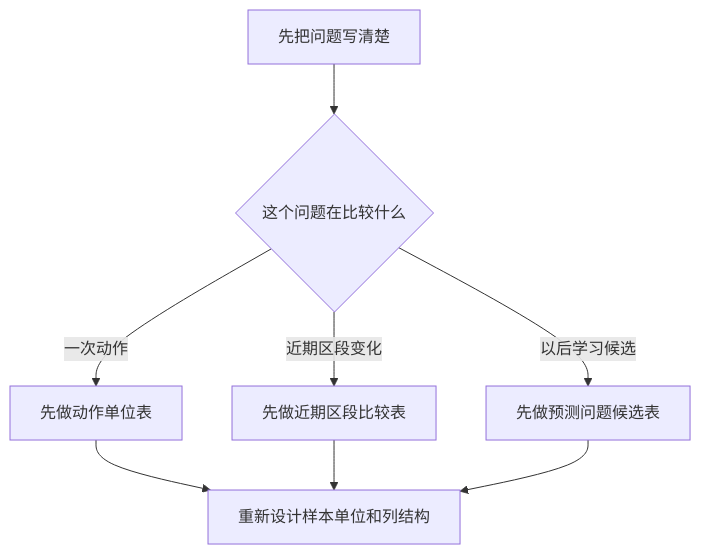
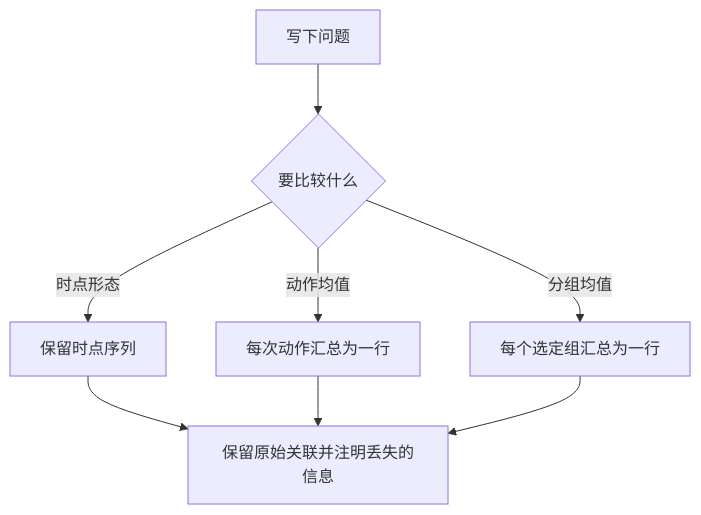
One commit to devchan64/AiBook changed the diagram in docs/assets/part-03/chapter-03/p3-3-2-mermaid-01-zh.mmd. Above: the diagram before and after it, drawn with Mermaid. The commit also changed 22 other files, not shown here.

```diff
--- a/docs/assets/part-03/chapter-03/p3-3-2-mermaid-01-zh.mmd
+++ b/docs/assets/part-03/chapter-03/p3-3-2-mermaid-01-zh.mmd
@@ -1,8 +1,8 @@
 flowchart TD
-    A[先把问题写清楚] --> B{这个问题在比较什么}
-    B -- 一次动作 --> C[先做动作单位表]
-    B -- 近期区段变化 --> D[先做近期区段比较表]
-    B -- 以后学习候选 --> E[先做预测问题候选表]
-    C --> F[重新设计样本单位和列结构]
+    A[写下问题] --> B{要比较什么}
+    B -- 时点形态 --> C[保留时点序列]
+    B -- 动作均值 --> D[每次动作汇总为一行]
+    B -- 分组均值 --> E[每个选定组汇总为一行]
+    C --> F[保留原始关联并注明丢失的信息]
     D --> F
     E --> F
```
